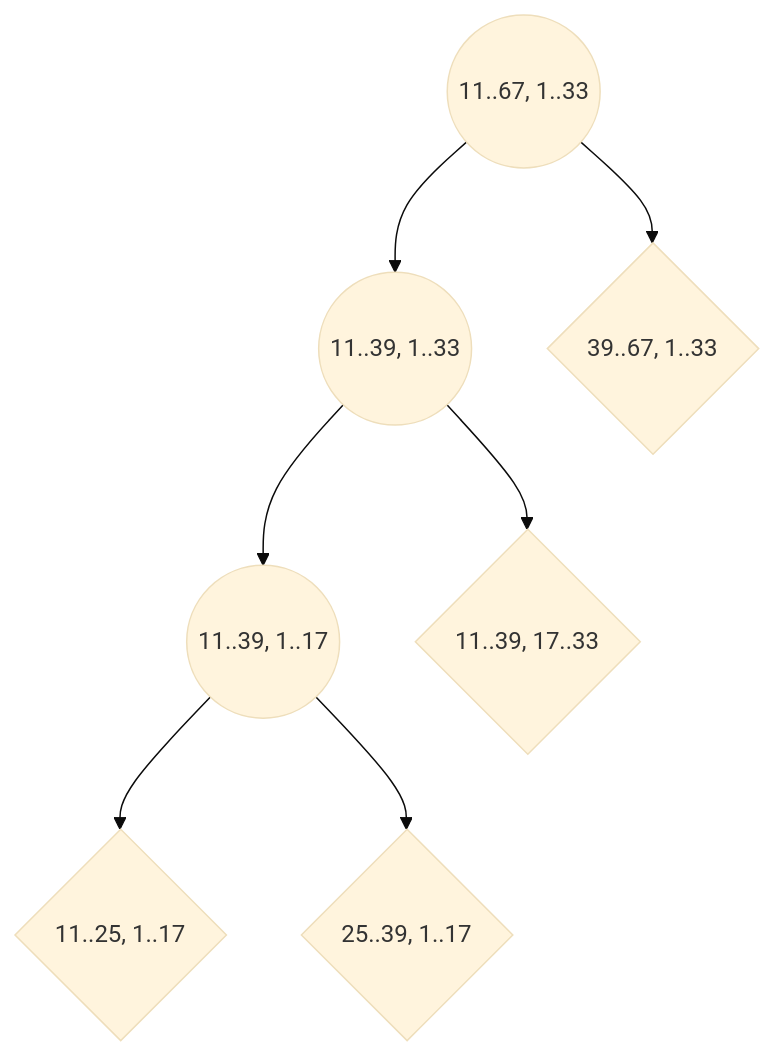
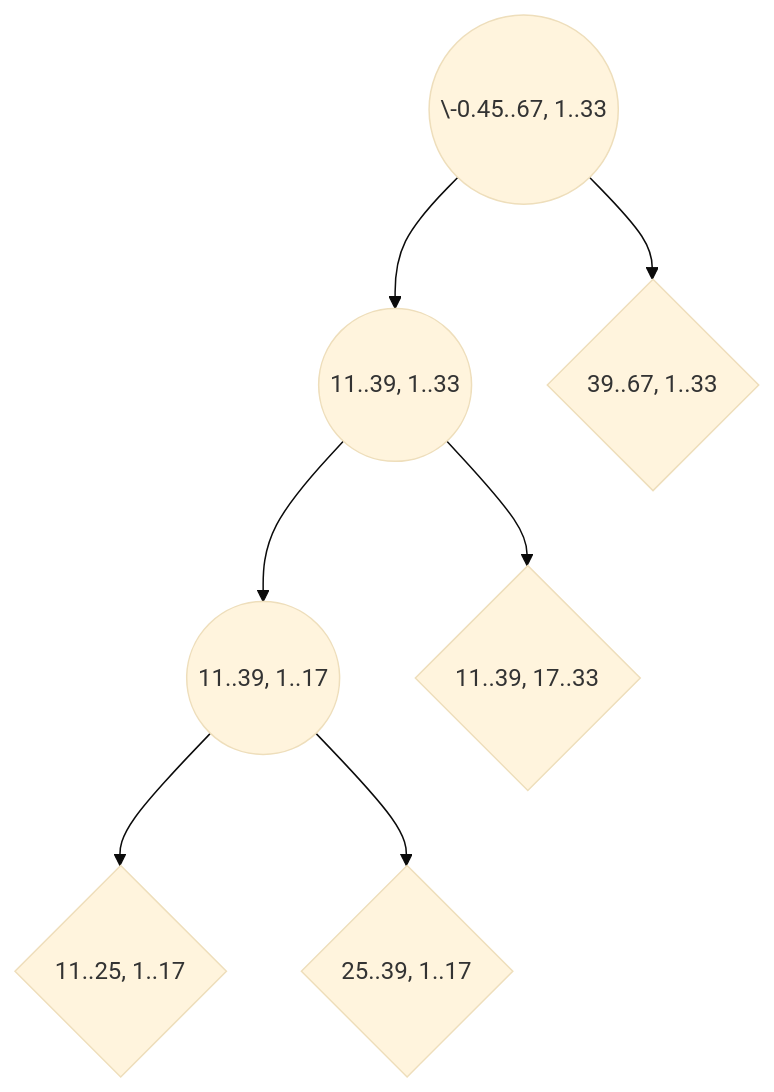
One commit to chazzka/clanekforest changed the diagram in clanek.md. Above: the diagram before and after it, drawn with Mermaid (base theme). The commit also changed other lines of this file, not shown here.

````diff
--- a/clanek.md
+++ b/clanek.md
@@ -281,9 +281,9 @@
 ```mermaid
 graph TB
-A((11..67, 1..33)) --> B((11..39, 1..33))
+A((\-0.45..67, 1..33)) --> B((11..39, 1..33))
 A --> C{39..67, 1..33}
 B --> D((11..39, 1..17))
 B --> E{11..39, 17..33}
 D --> F{11..25, 1..17}
 D --> G{25..39, 1..17}
 ```
````
